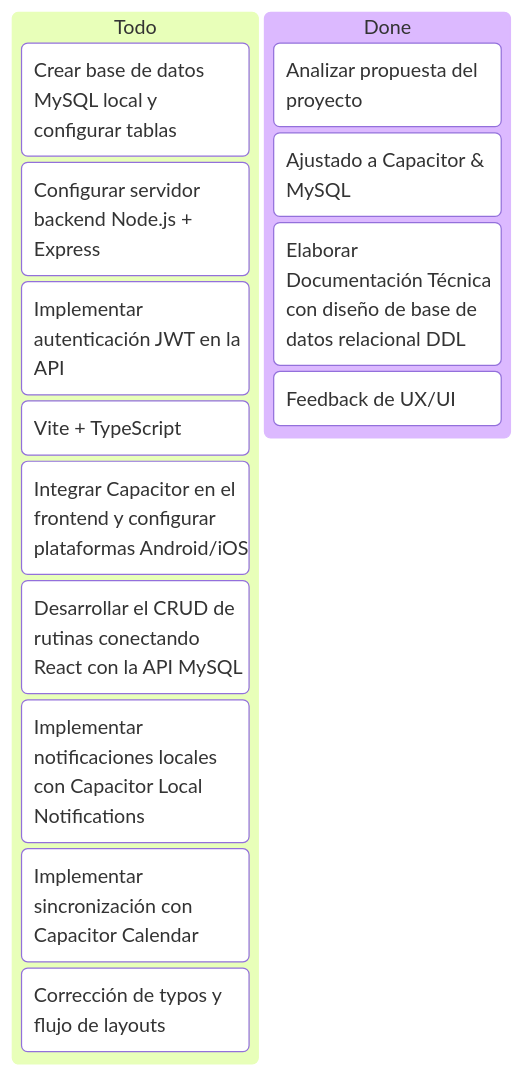
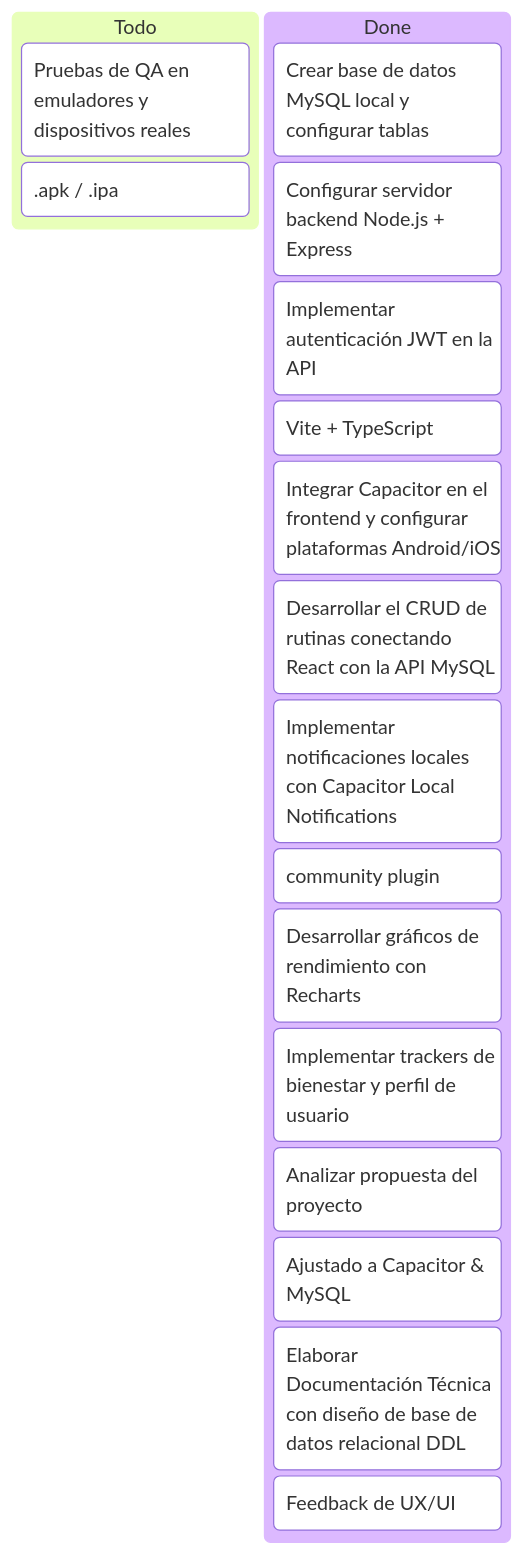
One commit to Darwin-Cabezas/Organiza-tu-Rutina changed the diagram in estado_proyecto.md. Above: the diagram before and after it, drawn with Mermaid. The commit also changed other lines of this file and 50 other files, not shown here.

````diff
--- a/estado_proyecto.md
+++ b/estado_proyecto.md
@@ -18,18 +26,21 @@
 ```mermaid
 kanban
   Todo
+    Pruebas de QA en emuladores y dispositivos reales
+    Optimización de bundles y empaquetado final (.apk / .ipa)
+  Done
     Crear base de datos MySQL local y configurar tablas
     Configurar servidor backend Node.js + Express
     Implementar autenticación JWT en la API
     Configurar frontend en React (Vite + TypeScript)
     Integrar Capacitor en el frontend y configurar plataformas Android/iOS
     Desarrollar el CRUD de rutinas conectando React con la API MySQL
     Implementar notificaciones locales con Capacitor Local Notifications
-    Implementar sincronización con Capacitor Calendar
-    Definición del diseño de UI/UX (Corrección de typos y flujo de layouts)
-  Done
+    Implementar sincronización con Capacitor Calendar (community plugin)
+    Desarrollar gráficos de rendimiento con Recharts
+    Implementar trackers de bienestar y perfil de usuario
     Analizar propuesta del proyecto
     Elaborar Plan de Desarrollo (Ajustado a Capacitor & MySQL)
     Elaborar Documentación Técnica con diseño de base de datos relacional DDL
     Auditar capturas de interfaz de usuario (Feedback de UX/UI)
 ```
````
